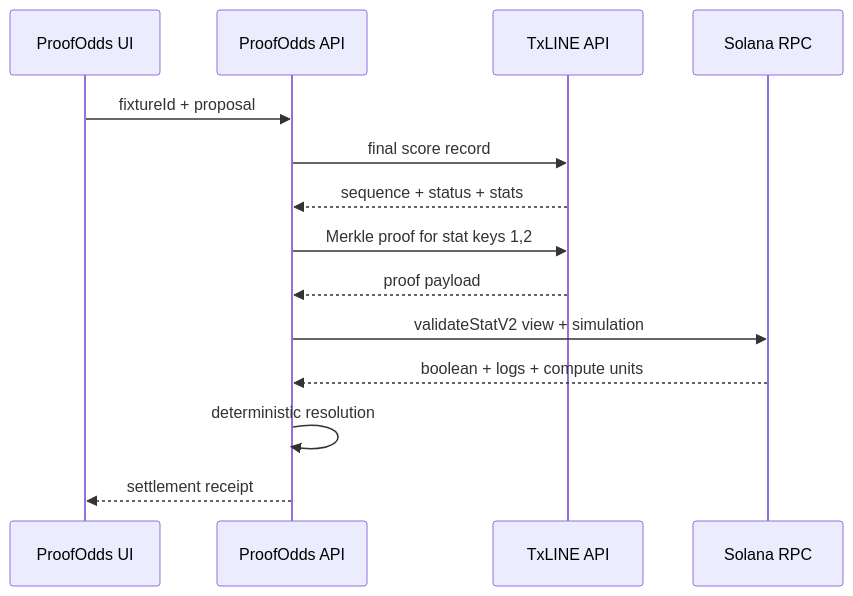
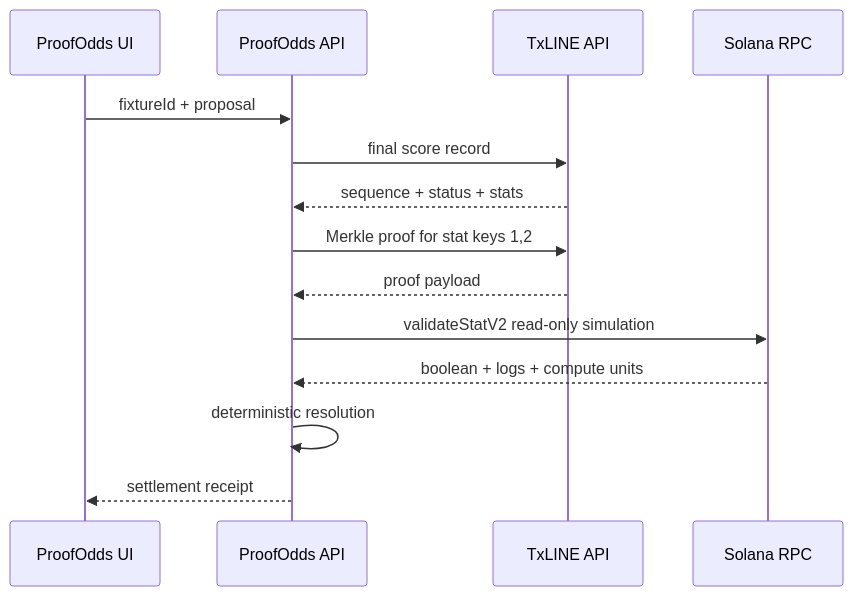
The diagram in ARCHITECTURE.md (FeeeeelixWong/proofodds), drawn with Mermaid before and after one commit. The commit also changed other lines of this file and 18 other files, not shown here.

````diff
--- a/ARCHITECTURE.md
+++ b/ARCHITECTURE.md
@@ -18,16 +18,16 @@
 ```mermaid
 sequenceDiagram
     participant UI as ProofOdds UI
     participant API as ProofOdds API
     participant TX as TxLINE API
     participant SOL as Solana RPC
     UI->>API: fixtureId + proposal
     API->>TX: final score record
     TX-->>API: sequence + status + stats
     API->>TX: Merkle proof for stat keys 1,2
     TX-->>API: proof payload
-    API->>SOL: validateStatV2 view + simulation
+    API->>SOL: validateStatV2 read-only simulation
     SOL-->>API: boolean + logs + compute units
     API->>API: deterministic resolution
     API-->>UI: settlement receipt
 ```
````
